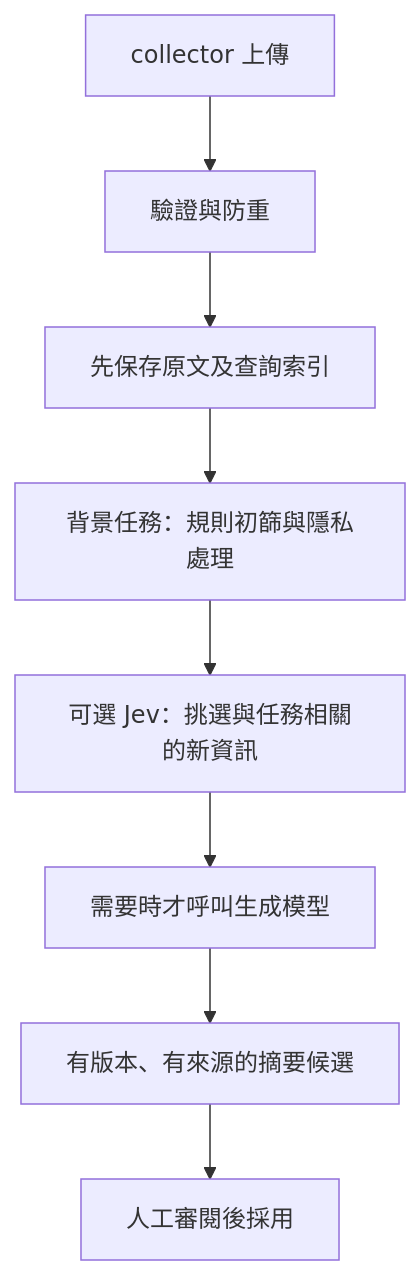
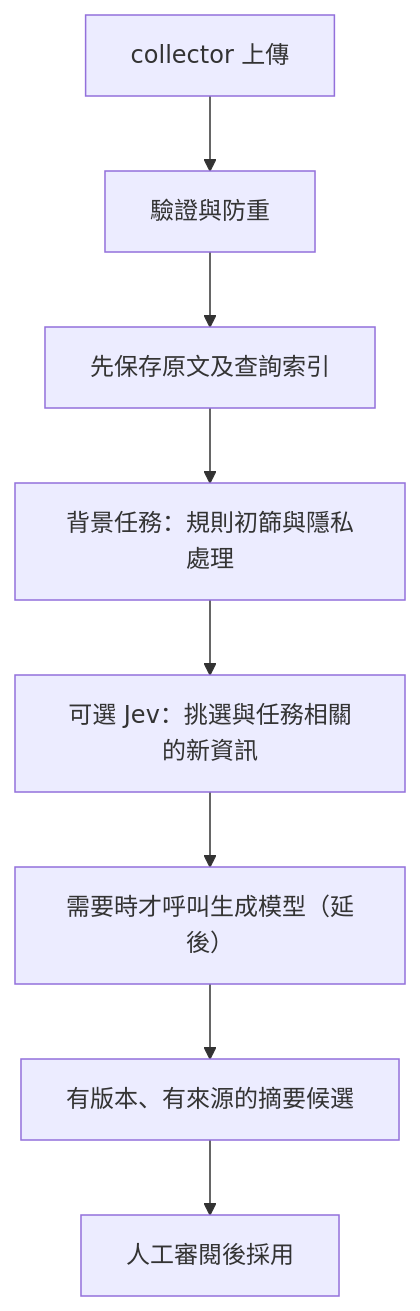
The diagram in workers/beacon-cloud/ROADMAP.md (jackg825/agent-beacon), drawn with Mermaid before and after one commit. The commit also changed other lines of this file and 1 other file, not shown here.

First line of the commit message:
docs(cloud): record the 0.3 background-processing state in README and ROADMAP

````diff
--- a/workers/beacon-cloud/ROADMAP.md
+++ b/workers/beacon-cloud/ROADMAP.md
@@ -28,10 +28,10 @@
 ```mermaid
 flowchart TD
     A["collector 上傳"] --> B["驗證與防重"]
     B --> C["先保存原文及查詢索引"]
     C --> D["背景任務：規則初篩與隱私處理"]
     D --> E["可選 Jev：挑選與任務相關的新資訊"]
-    E --> F["需要時才呼叫生成模型"]
+    E --> F["需要時才呼叫生成模型（延後）"]
     F --> G["有版本、有來源的摘要候選"]
     G --> H["人工審閱後採用"]
 ```
````
